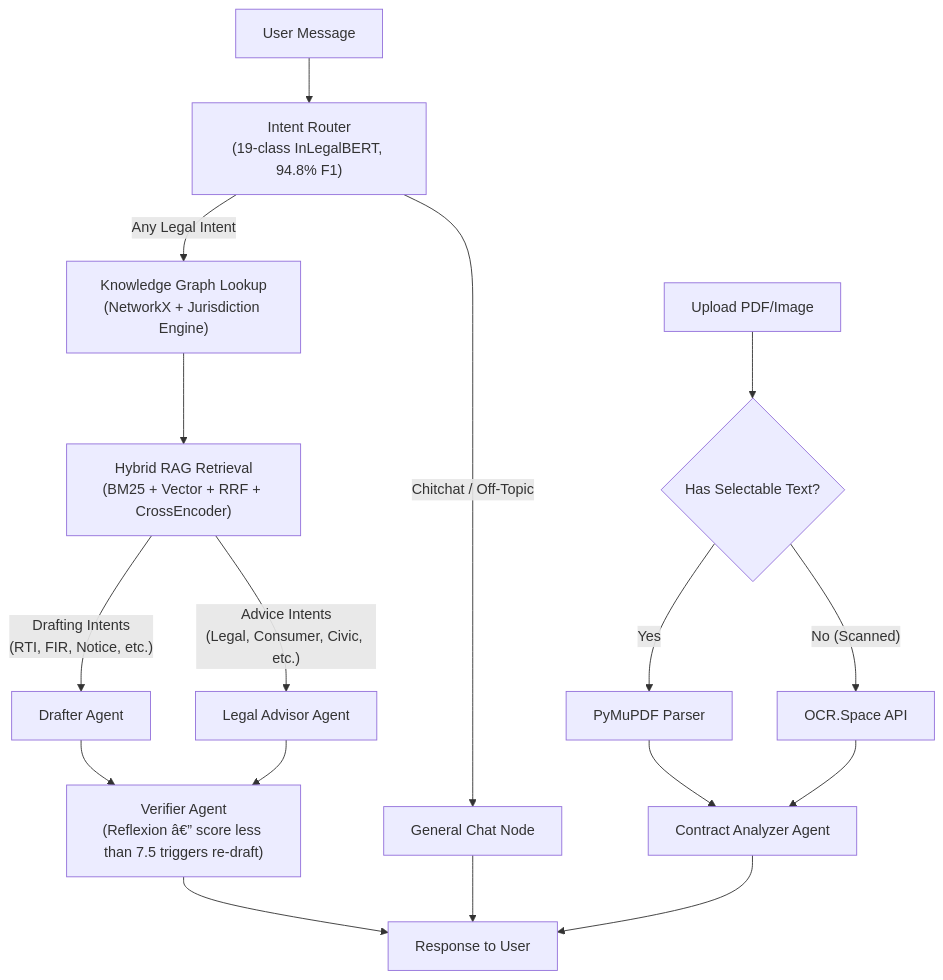
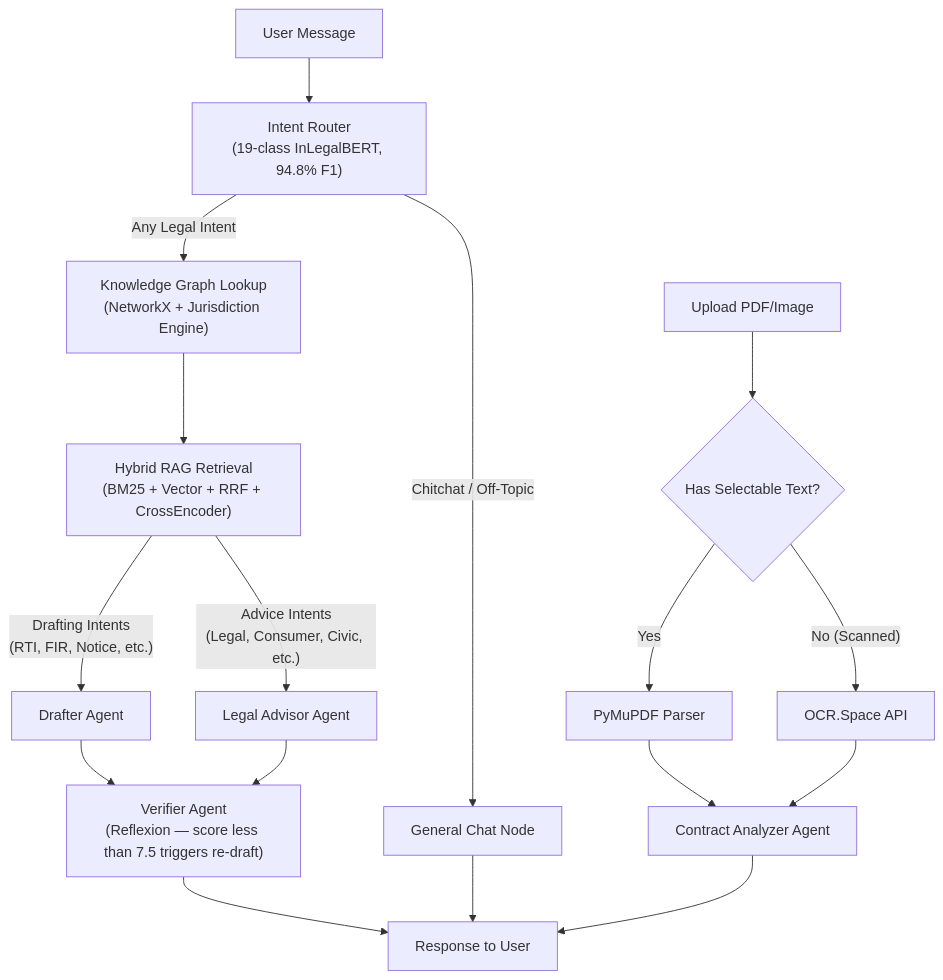
Before and after one commit to Manas8112/Jansathi: the diagram in README.md, drawn with Mermaid. The commit also changed other lines of this file, not shown here.

````diff
--- a/README.md
+++ b/README.md
@@ -28,25 +28,31 @@
 ```mermaid
 graph TD
-    A["User Message"] --> B["Intent Router\n(19-class InLegalBERT, 94.8% F1)"]
+    A["User Message"] --> B["Intent Router
+(19-class InLegalBERT, 94.8% F1)"]
 
     B -->|"Chitchat / Off-Topic"| G["General Chat Node"]
-    B -->|"Any Legal Intent"| C["Knowledge Graph Lookup\n(NetworkX + Jurisdiction Engine)"]
+    B -->|"Any Legal Intent"| C["Knowledge Graph Lookup
+(NetworkX + Jurisdiction Engine)"]
 
-    C --> D["Hybrid RAG Retrieval\n(BM25 + Vector + RRF + CrossEncoder)"]
+    C --> D["Hybrid RAG Retrieval
+(BM25 + Vector + RRF + CrossEncoder)"]
 
-    D -->|"Drafting Intents\n(RTI, FIR, Notice, etc.)"| E["Drafter Agent"]
-    D -->|"Advice Intents\n(Legal, Consumer, Civic, etc.)"| F["Legal Advisor Agent"]
+    D -->|"Drafting Intents
+(RTI, FIR, Notice, etc.)"| E["Drafter Agent"]
+    D -->|"Advice Intents
+(Legal, Consumer, Civic, etc.)"| F["Legal Advisor Agent"]
 
-    E --> H["Verifier Agent\n(Reflexion â€” score less than 7.5 triggers re-draft)"]
+    E --> H["Verifier Agent
+(Reflexion — score less than 7.5 triggers re-draft)"]
     F --> H
 
     H --> I["Response to User"]
     G --> I
 
     Doc["Upload PDF/Image"] --> OCR{"Has Selectable Text?"}
     OCR -->|"Yes"| PyMuPDF["PyMuPDF Parser"]
     OCR -->|"No (Scanned)"| OCRAPI["OCR.Space API"]
     PyMuPDF --> Analyzer["Contract Analyzer Agent"]
     OCRAPI --> Analyzer
     Analyzer --> I
 ```
````
